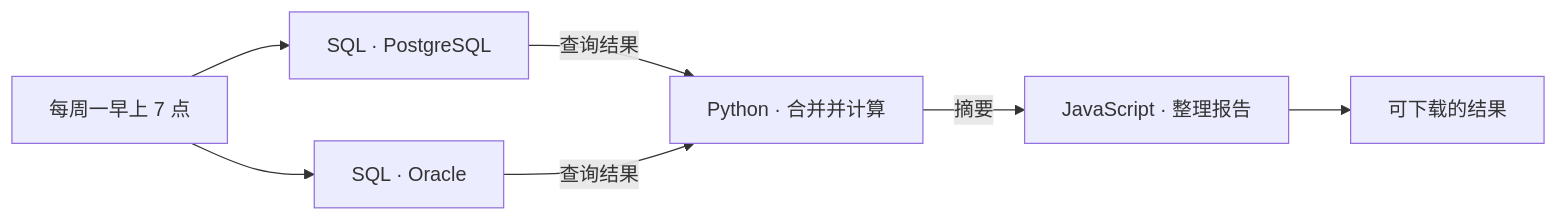
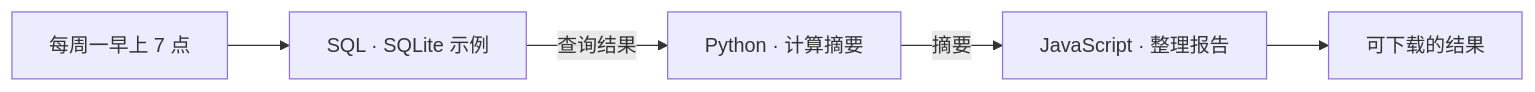
One commit to haowen-ai/sleep-in changed the first of 3 diagrams in README.zh-CN.md. Above: the diagram before and after it, drawn with Mermaid. The commit also changed other lines of this file and 43 other files, not shown here.

````diff
--- a/README.zh-CN.md
+++ b/README.zh-CN.md
@@ -27,9 +27,7 @@
 ```mermaid
 flowchart LR
-  T[每周一早上 7 点] --> P[SQL · PostgreSQL]
-  T --> O[SQL · Oracle]
-  P -->|查询结果| PY[Python · 合并并计算]
-  O -->|查询结果| PY
+  T[每周一早上 7 点] --> P[SQL · SQLite 示例]
+  P -->|查询结果| PY[Python · 计算摘要]
   PY -->|摘要| JS[JavaScript · 整理报告]
   JS --> R[可下载的结果]
 ```
````
